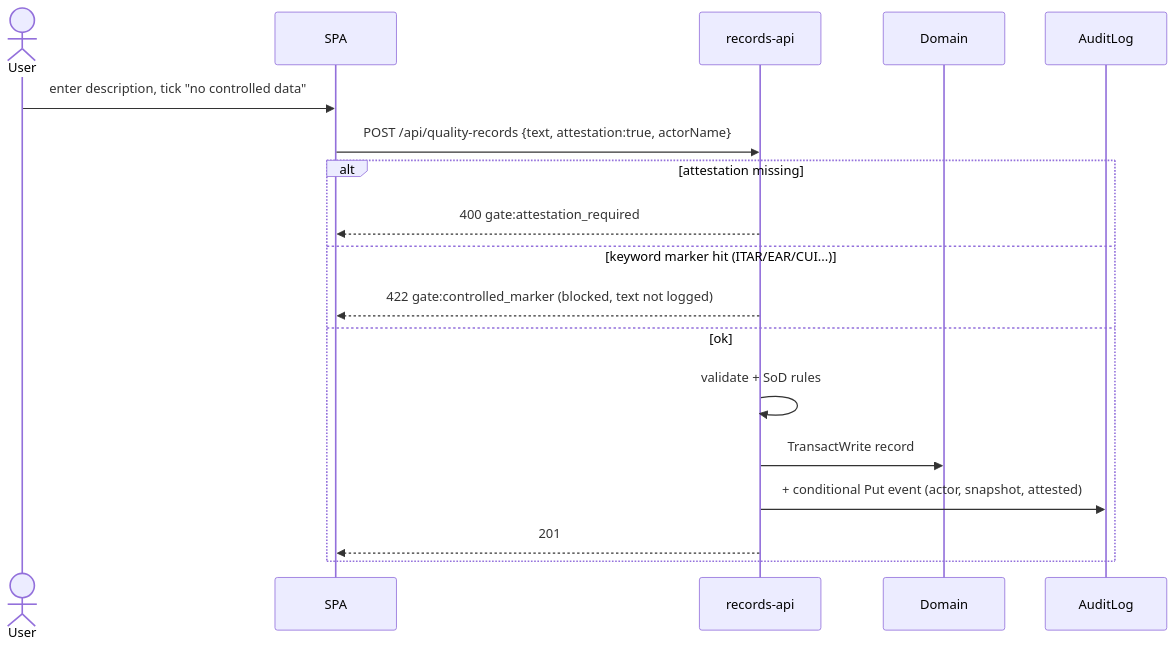
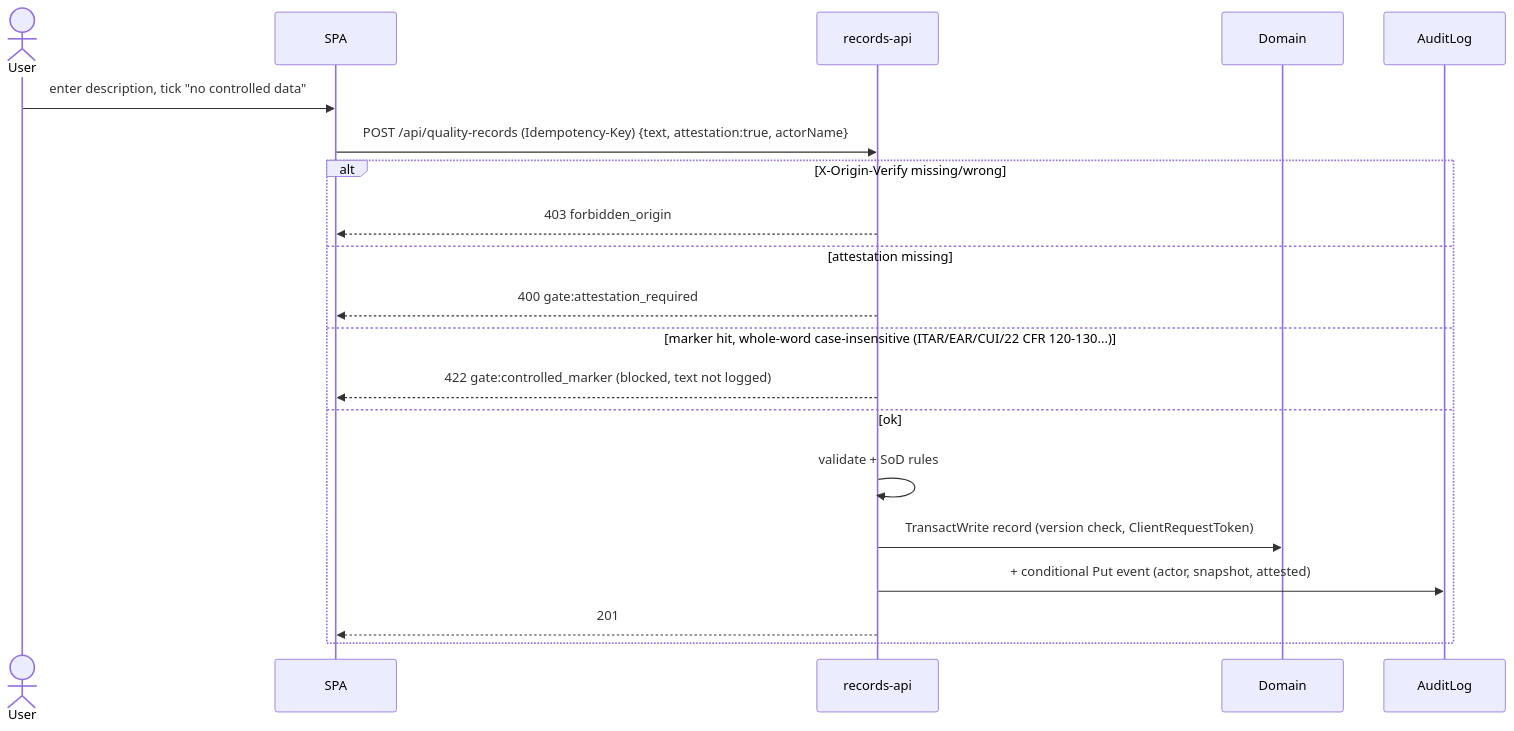
The second of 3 diagrams in docs/architecture/diagrams.md (vishwasvr/SentinelQA), drawn with Mermaid before and after one commit. The commit also changed other lines of this file and 7 other files, not shown here.

````diff
--- a/docs/architecture/diagrams.md
+++ b/docs/architecture/diagrams.md
@@ -32,20 +34,22 @@
 ```mermaid
 sequenceDiagram
   actor U as User
   participant SPA
   participant RA as records-api
   participant DDB as Domain
   participant AL as AuditLog
   U->>SPA: enter description, tick "no controlled data"
-  SPA->>RA: POST /api/quality-records {text, attestation:true, actorName}
-  alt attestation missing
+  SPA->>RA: POST /api/quality-records (Idempotency-Key) {text, attestation:true, actorName}
+  alt X-Origin-Verify missing/wrong
+    RA-->>SPA: 403 forbidden_origin
+  else attestation missing
     RA-->>SPA: 400 gate:attestation_required
-  else keyword marker hit (ITAR/EAR/CUI...)
+  else marker hit, whole-word case-insensitive (ITAR/EAR/CUI/22 CFR 120-130...)
     RA-->>SPA: 422 gate:controlled_marker (blocked, text not logged)
   else ok
     RA->>RA: validate + SoD rules
-    RA->>DDB: TransactWrite record
+    RA->>DDB: TransactWrite record (version check, ClientRequestToken)
     RA->>AL: + conditional Put event (actor, snapshot, attested)
     RA-->>SPA: 201
   end
 ```
````
